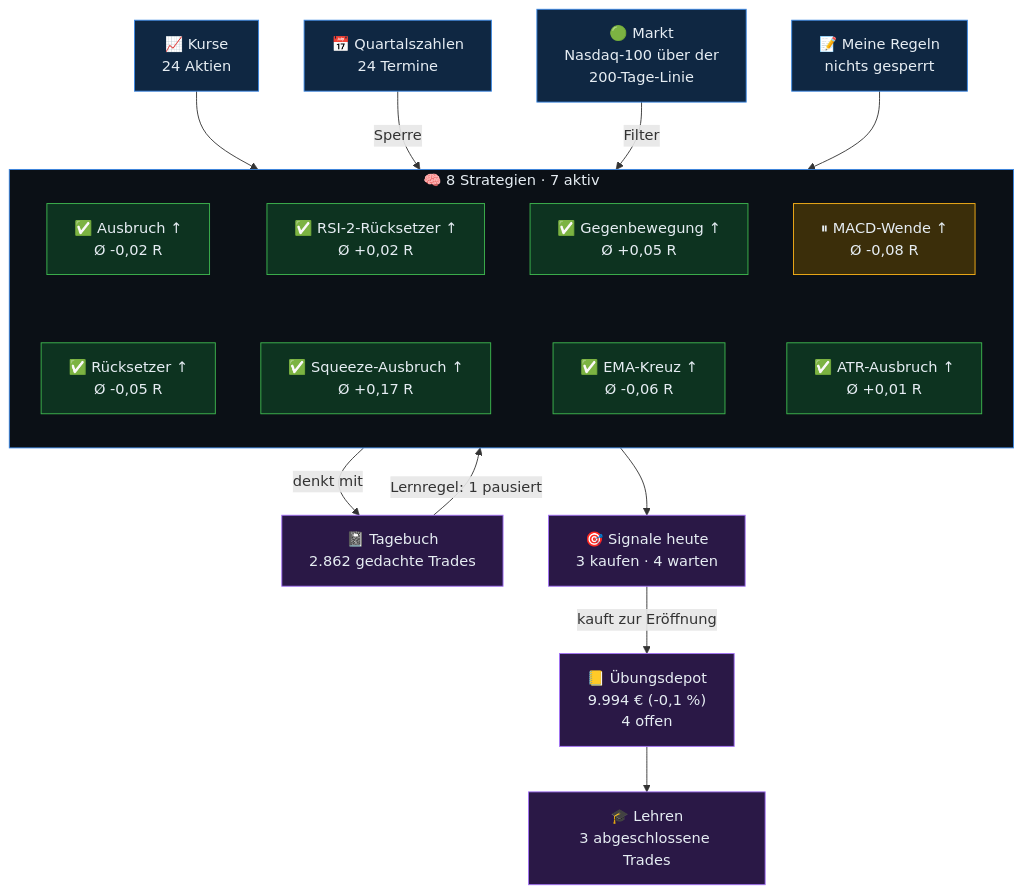
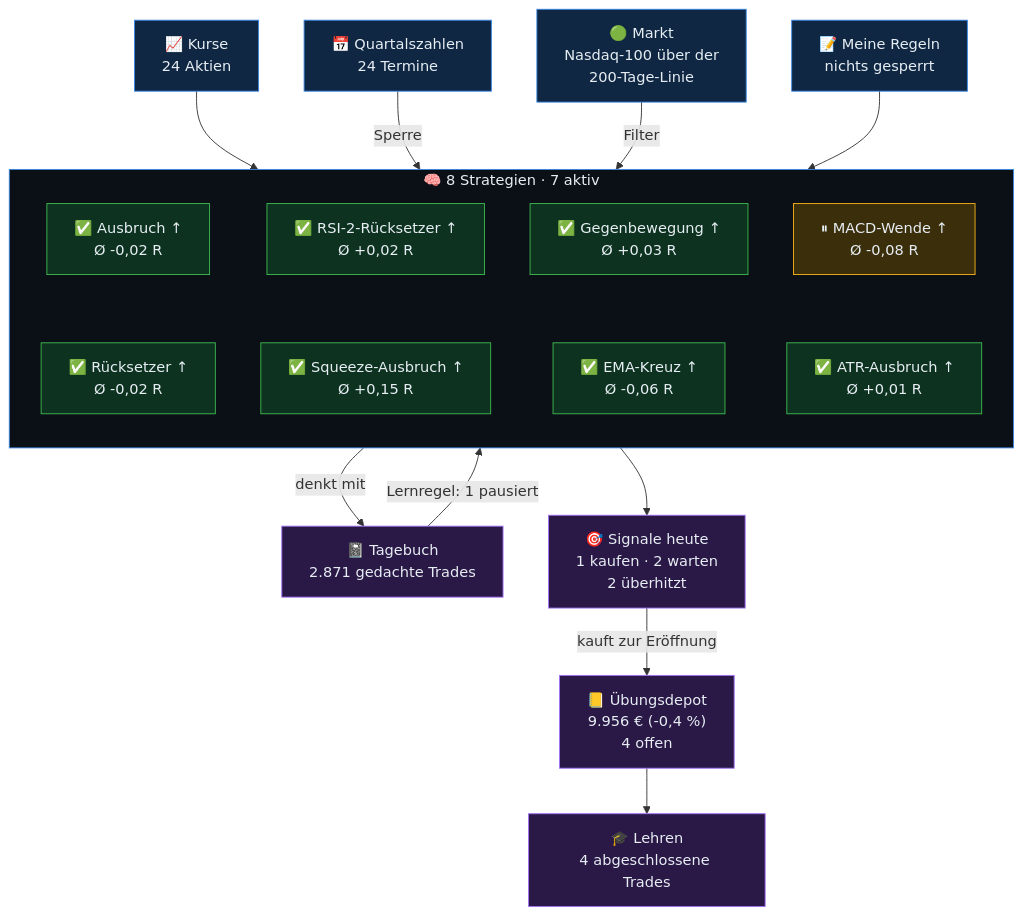
The diagram in gehirn/Start.md (sickingmalte-arch/Test-Bot), drawn with Mermaid before and after one commit. The commit also changed other lines of this file and 39 other files, not shown here.

````diff
--- a/gehirn/Start.md
+++ b/gehirn/Start.md
@@ -9,47 +9,47 @@
 ```mermaid
 flowchart TB
   kurse["📈 Kurse<br/>24 Aktien"]
   termine["📅 Quartalszahlen<br/>24 Termine"]
   markt["🟢 Markt<br/>Nasdaq-100 über der<br/>200-Tage-Linie"]
   regeln["📝 Meine Regeln<br/>nichts gesperrt"]
   subgraph KERN["🧠 8 Strategien · 7 aktiv"]
     direction TB
     s0["✅ Ausbruch ↑<br/>Ø -0,02 R"]
     s1["✅ RSI-2-Rücksetzer ↑<br/>Ø +0,02 R"]
-    s2["✅ Gegenbewegung ↑<br/>Ø +0,05 R"]
+    s2["✅ Gegenbewegung ↑<br/>Ø +0,03 R"]
     s3["⏸ MACD-Wende ↑<br/>Ø -0,08 R"]
-    s4["✅ Rücksetzer ↑<br/>Ø -0,05 R"]
-    s5["✅ Squeeze-Ausbruch ↑<br/>Ø +0,17 R"]
+    s4["✅ Rücksetzer ↑<br/>Ø -0,02 R"]
+    s5["✅ Squeeze-Ausbruch ↑<br/>Ø +0,15 R"]
     s6["✅ EMA-Kreuz ↑<br/>Ø -0,06 R"]
     s7["✅ ATR-Ausbruch ↑<br/>Ø +0,01 R"]
     s0 ~~~ s4
     s1 ~~~ s5
     s2 ~~~ s6
     s3 ~~~ s7
   end
-  tb["📓 Tagebuch<br/>2.862 gedachte Trades"]
-  sig["🎯 Signale heute<br/>3 kaufen · 4 warten"]
-  depot["📒 Übungsdepot<br/>9.994 € (-0,1 %)<br/>4 offen"]
-  lehren["🎓 Lehren<br/>3 abgeschlossene Trades"]
+  tb["📓 Tagebuch<br/>2.871 gedachte Trades"]
+  sig["🎯 Signale heute<br/>1 kaufen · 2 warten<br/>2 überhitzt"]
+  depot["📒 Übungsdepot<br/>9.956 € (-0,4 %)<br/>4 offen"]
+  lehren["🎓 Lehren<br/>4 abgeschlossene Trades"]
   kurse --> KERN
   termine -->|Sperre| KERN
   markt -->|Filter| KERN
   regeln --> KERN
   KERN -->|denkt mit| tb
   tb -->|Lernregel: 1 pausiert| KERN
   KERN --> sig
   sig -->|kauft zur Eröffnung| depot
   depot --> lehren
   classDef ein fill:#0f2742,stroke:#3987e5,color:#e6edf3
   classDef rot fill:#3d1414,stroke:#f47067,color:#e6edf3
   classDef aktiv fill:#0d3320,stroke:#3fb950,color:#e6edf3
   classDef pausiert fill:#3b2e0a,stroke:#fab219,color:#e6edf3
   classDef aus fill:#22272e,stroke:#6e7681,color:#9ba7b4
   classDef aus2 fill:#2a1846,stroke:#a371f7,color:#e6edf3
   class kurse,termine,regeln ein
   class markt ein
   class tb,sig,depot,lehren aus2
   class s0,s1,s2,s4,s5,s6,s7 aktiv
   class s3 pausiert
   style KERN fill:#0b1016,stroke:#3987e5,color:#e6edf3
 ```
````
